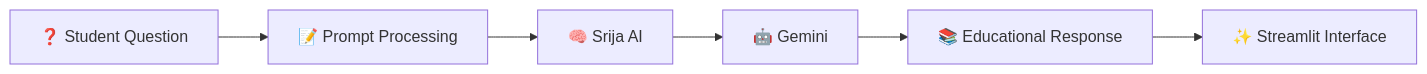
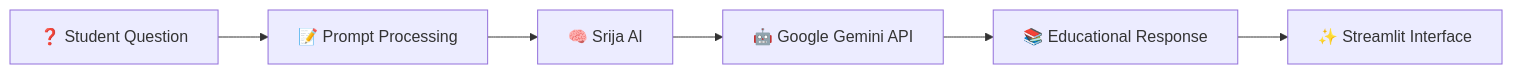
Before and after one commit to srijabhattacharyya23-dot/AI-Learning-Buddy-Srija: the sixth of 6 diagrams in README.md, drawn with Mermaid. The commit also changed other lines of this file, not shown here.

````diff
--- a/README.md
+++ b/README.md
@@ -332,21 +357,21 @@
 ```mermaid
 flowchart LR
 
 Question["❓ Student Question"]
 
 Prompt["📝 Prompt Processing"]
 
 AI["🧠 Srija AI"]
 
-Gemini["🤖 Gemini"]
+Gemini["🤖 Google Gemini API"]
 
 Response["📚 Educational Response"]
 
 Display["✨ Streamlit Interface"]
 
 Question --> Prompt
 Prompt --> AI
 AI --> Gemini
 Gemini --> Response
 Response --> Display
 ```
````
